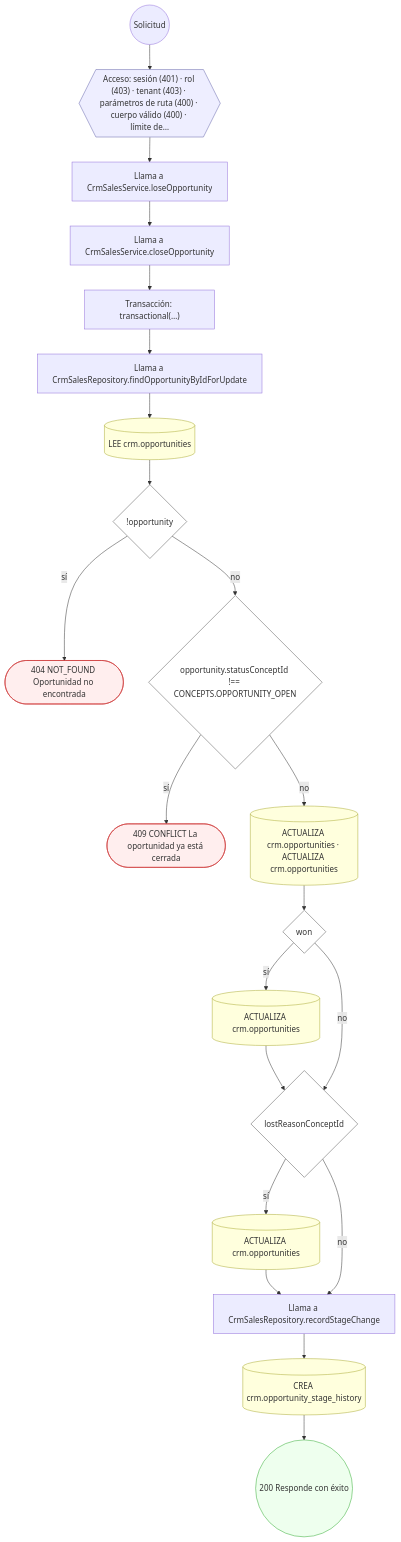
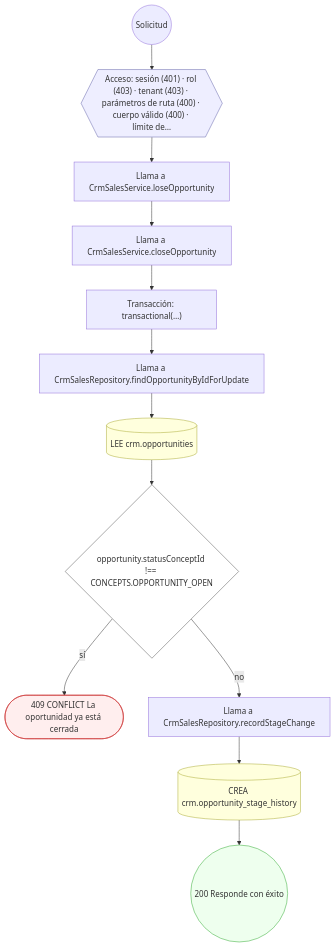
One commit to mdavila-2001/mantra-core-health-api changed diagram 13 of 15 in docs/inventario/flujos/crm.md. Above: the diagram before and after it, drawn with Mermaid. The commit also changed other lines of this file and 438 other files, not shown here.

````diff
--- a/docs/inventario/flujos/crm.md
+++ b/docs/inventario/flujos/crm.md
@@ -818,48 +792,32 @@
 ```mermaid
 flowchart TD
   n1(("Solicitud")):::inicio
   n2{{"Acceso: sesión (401) · rol (403) · tenant (403) · parámetros de ruta (400) · cuerpo válido (400) · límite de…"}}:::acceso
   n1 --> n2
   n3["Llama a CrmSalesService.loseOpportunity"]:::llamada
   n2 --> n3
   n4["Llama a CrmSalesService.closeOpportunity"]:::llamada
   n3 --> n4
   n5["Transacción: transactional(…)"]:::transaccion
   n4 --> n5
   n6["Llama a CrmSalesRepository.findOpportunityByIdForUpdate"]:::llamada
   n5 --> n6
   n7[("LEE crm.opportunities")]:::efecto
   n6 --> n7
-  n8{"!opportunity"}:::decision
+  n8{"opportunity.statusConceptId !== CONCEPTS.OPPORTUNITY_OPEN"}:::decision
   n7 --> n8
-  n9(["404 NOT_FOUND Oportunidad no encontrada"]):::error
+  n9(["409 CONFLICT La oportunidad ya está cerrada"]):::error
   n8 -->|"sí"| n9
-  n10{"opportunity.statusConceptId !== CONCEPTS.OPPORTUNITY_OPEN"}:::decision
+  n10["Llama a CrmSalesRepository.recordStageChange"]:::llamada
   n8 -->|"no"| n10
-  n11(["409 CONFLICT La oportunidad ya está cerrada"]):::error
-  n10 -->|"sí"| n11
-  n12[("ACTUALIZA crm.opportunities · ACTUALIZA crm.opportunities")]:::efecto
-  n10 -->|"no"| n12
-  n13{"won"}:::decision
-  n12 --> n13
-  n14[("ACTUALIZA crm.opportunities")]:::efecto
-  n13 -->|"sí"| n14
-  n15{"lostReasonConceptId"}:::decision
-  n14 --> n15
-  n13 -->|"no"| n15
-  n16[("ACTUALIZA crm.opportunities")]:::efecto
-  n15 -->|"sí"| n16
-  n17["Llama a CrmSalesRepository.recordStageChange"]:::llamada
-  n16 --> n17
-  n15 -->|"no"| n17
-  n18[("CREA crm.opportunity_stage_history")]:::efecto
-  n17 --> n18
-  n19(("200 Responde con éxito")):::ok
-  n18 --> n19
+  n11[("CREA crm.opportunity_stage_history")]:::efecto
+  n10 --> n11
+  n12(("200 Responde con éxito")):::ok
+  n11 --> n12
   classDef acceso fill:#eef,stroke:#66a
   classDef error fill:#fee,stroke:#c33
   classDef ok fill:#efe,stroke:#3a3
   classDef efecto fill:#ffd,stroke:#aa3
   classDef decision fill:#fff,stroke:#555
   classDef corte fill:#eee,stroke:#999,stroke-dasharray: 4
 ```
````
